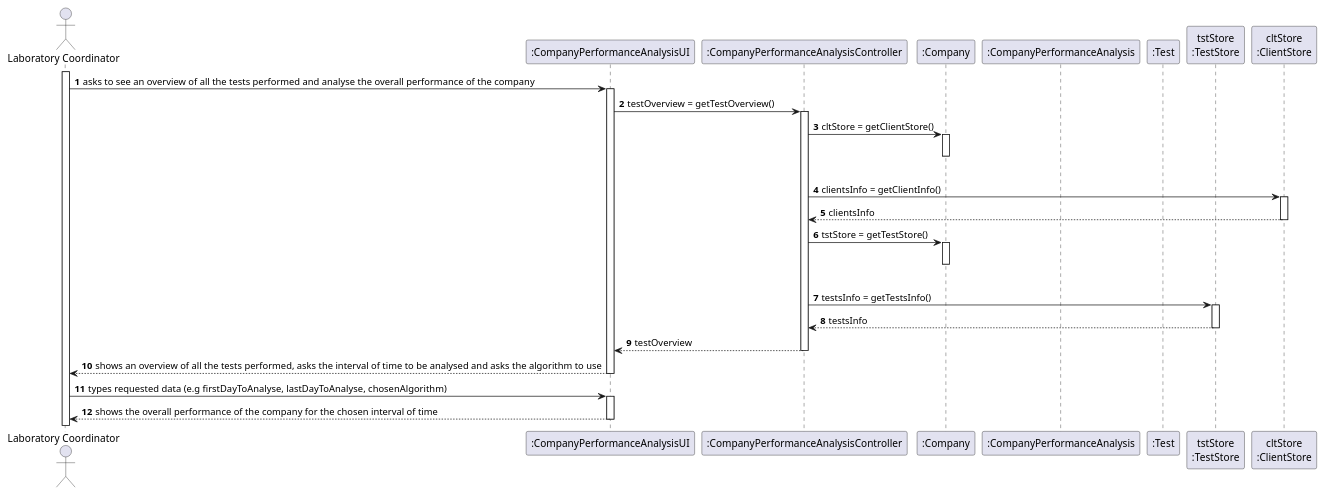
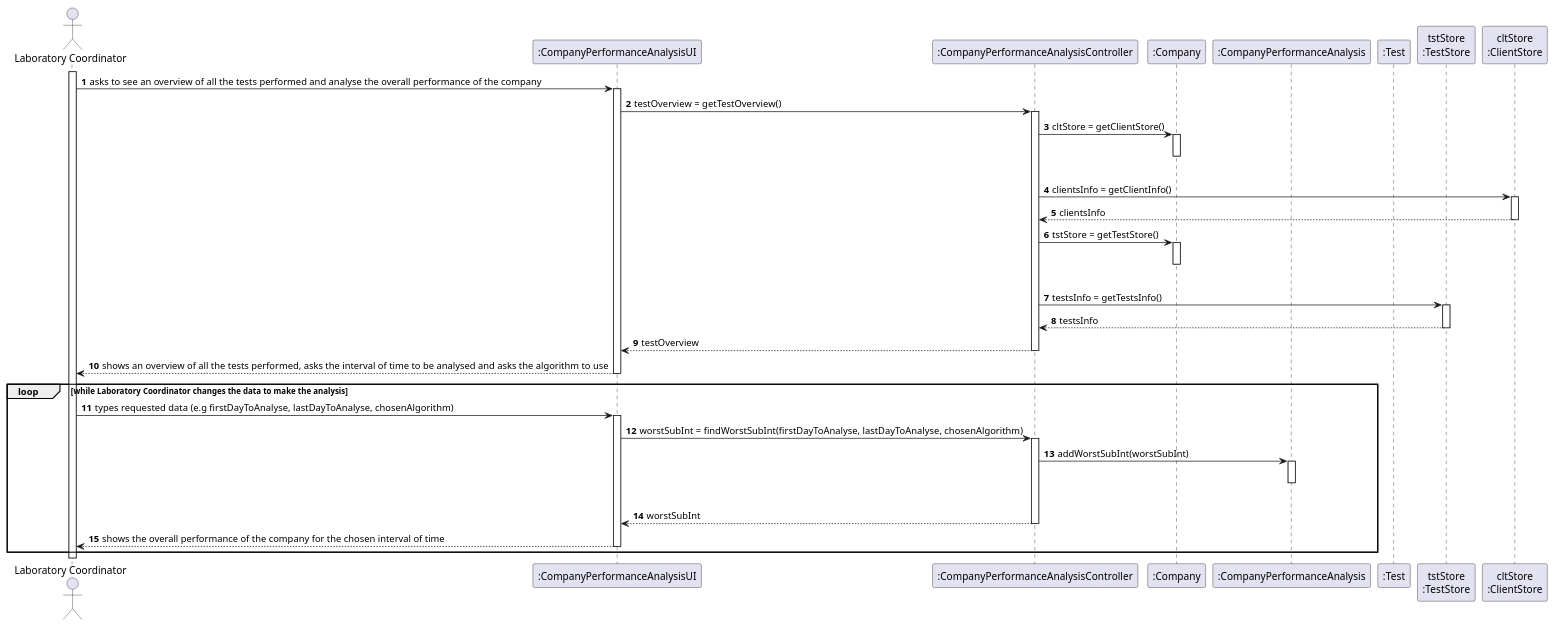
One commit to ana-albergaria/LAPR2-ISEP changed the diagram in docs/SprintD/US_16/US16_SD.puml. Above: the diagram before and after it, drawn with PlantUML. The commit also changed 2 other files, not shown here.

```diff
--- a/docs/SprintD/US_16/US16_SD.puml
+++ b/docs/SprintD/US_16/US16_SD.puml
@@ -1,62 +1,76 @@
 @startuml
 autonumber
 actor "Laboratory Coordinator" as LC
 
 participant ":CompanyPerformanceAnalysisUI" as UI
 participant ":CompanyPerformanceAnalysisController" as CTRL
 participant ":Company" as CMP
 participant ":CompanyPerformanceAnalysis" as CPA
 participant ":Test" as TST
 participant "tstStore\n:TestStore" as TSTSTORE
 participant "cltStore\n:ClientStore" as CLTSTORE
 
 activate LC
 LC -> UI : asks to see an overview of all the tests performed and analyse the overall performance of the company
 activate UI
 
 UI -> CTRL : testOverview = getTestOverview()
 activate CTRL
 
 CTRL -> CMP : cltStore = getClientStore()
 activate CMP
 |||
 deactivate CMP
 CTRL -> CLTSTORE : clientsInfo = getClientInfo()
 activate CLTSTORE
 CLTSTORE --> CTRL : clientsInfo
 deactivate CLTSTORE
 
 CTRL -> CMP : tstStore = getTestStore()
 activate CMP
 |||
 deactivate CMP
 CTRL -> TSTSTORE : testsInfo = getTestsInfo()
 activate TSTSTORE
 TSTSTORE --> CTRL : testsInfo
 deactivate TSTSTORE
 
 CTRL --> UI : testOverview
 deactivate CTRL
 
 'testOverview -> array of int with:
 'number of clients
 'number of tests waiting for results
 'number of tests waiting for diagnosis
 'total number of tests processed in the laboratory in each day
 '...week
 '...month
 '...year
 
 UI --> LC : shows an overview of all the tests performed, asks the interval of time to be analysed and asks the algorithm to use
 deactivate UI
 
+loop while Laboratory Coordinator changes the data to make the analysis
 LC -> UI : types requested data (e.g firstDayToAnalyse, lastDayToAnalyse, chosenAlgorithm)
 activate UI
+
+UI -> CTRL : worstSubInt = findWorstSubInt(firstDayToAnalyse, lastDayToAnalyse, chosenAlgorithm)
+activate CTRL
+CTRL -> CPA : addWorstSubInt(worstSubInt)
+activate CPA
+|||
+deactivate CPA
+CTRL --> UI : worstSubInt
+deactivate CTRL
+
+'UI -> CTRL : genGraphs()
+'activate CTRL
+'CTRL -> CPA : worstSubInt = getWorstSubInt()
 
 
 
 UI --> LC : shows the overall performance of the company for the chosen interval of time
 deactivate UI
-
+end
 
 @enduml
```
